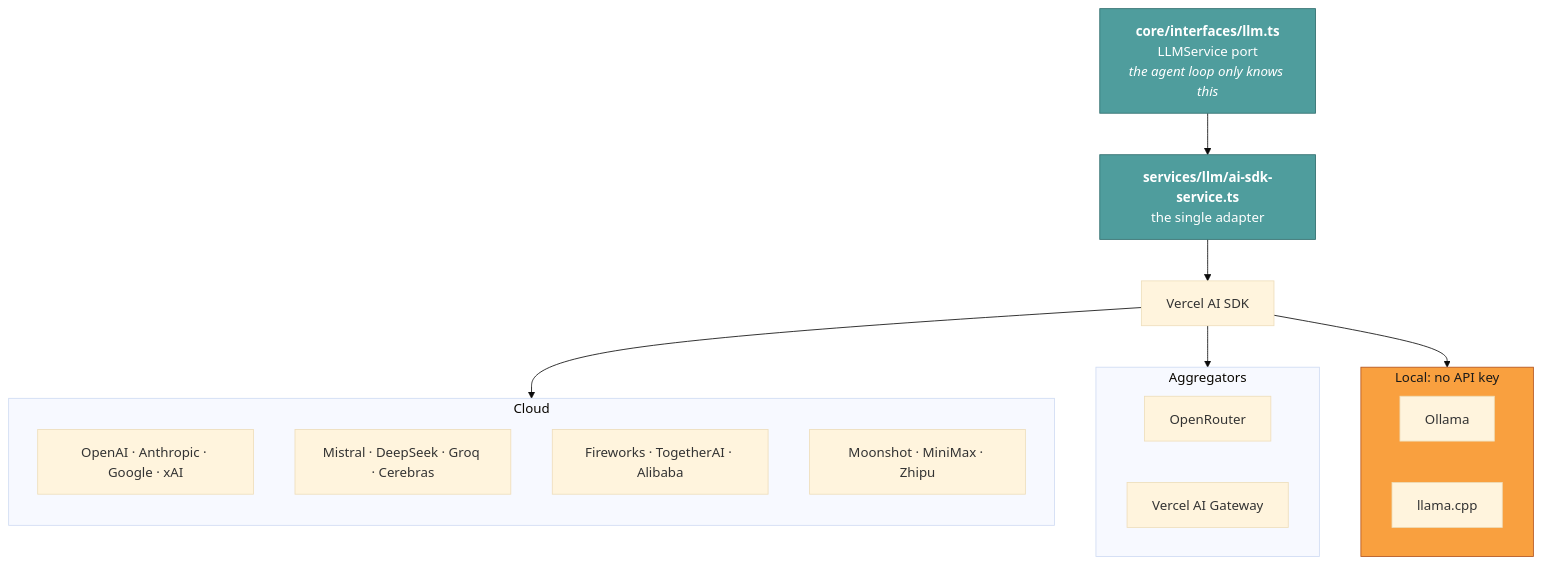
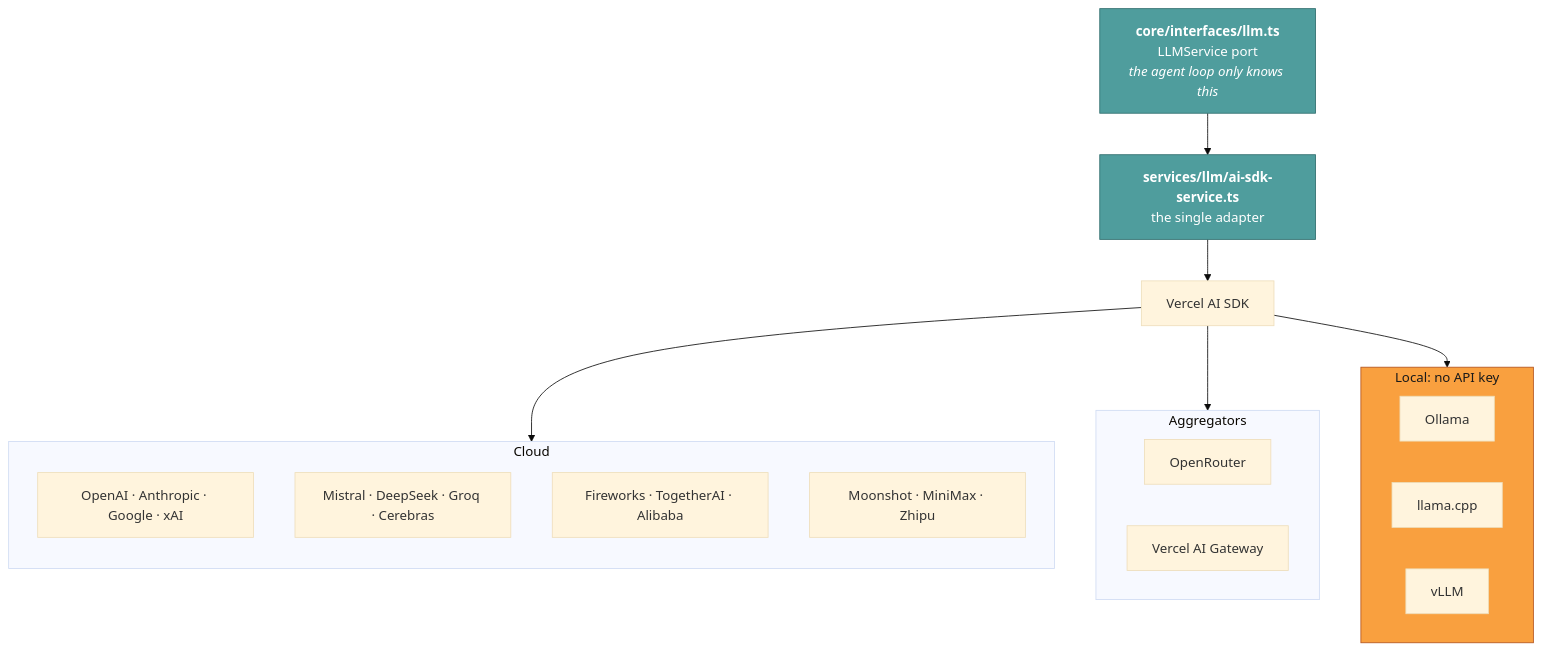
Before and after one commit to lvndry/jazz: the first of 3 diagrams in docs/maintainers/add-a-provider.md, drawn with Mermaid (base theme). The commit also changed other lines of this file and 51 other files, not shown here.

````diff
--- a/docs/maintainers/add-a-provider.md
+++ b/docs/maintainers/add-a-provider.md
@@ -22,34 +22,35 @@
 ```mermaid
 flowchart TB
     CORE["<b>core/interfaces/llm.ts</b><br/>LLMService port<br/><i>the agent loop only knows this</i>"]
     IMPL["<b>services/llm/ai-sdk-service.ts</b><br/>the single adapter"]
     SDK["Vercel AI SDK"]
 
     subgraph cloud["Cloud"]
         direction TB
         C1["OpenAI · Anthropic · Google · xAI"]
         C2["Mistral · DeepSeek · Groq · Cerebras"]
         C3["Fireworks · TogetherAI · Alibaba"]
         C4["Moonshot · MiniMax · Zhipu"]
     end
 
     subgraph aggregators["Aggregators"]
         A1["OpenRouter"]
         A2["Vercel AI Gateway"]
     end
 
     subgraph local["Local: no API key"]
         L1["Ollama"]
         L2["llama.cpp"]
+        L3["vLLM"]
     end
 
     CORE --> IMPL --> SDK
     SDK --> cloud
     SDK --> aggregators
     SDK --> local
 
     classDef core fill:#4f9d9d,stroke:#2f6d6d,color:#ffffff
     classDef free fill:#f9a03f,stroke:#b3541e,color:#1a1a1a
     class CORE,IMPL core
     class local free
 ```
````
